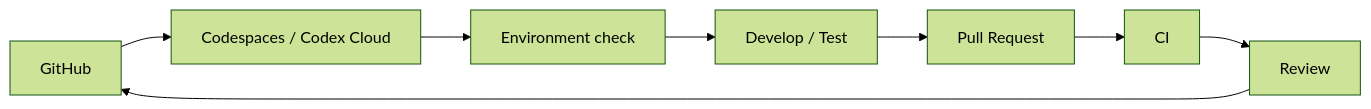
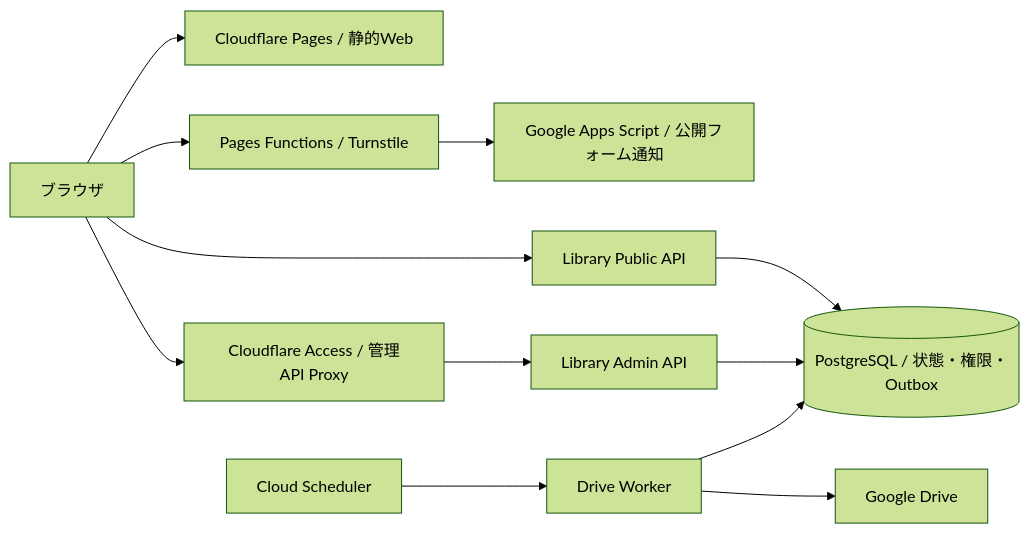
Before and after one commit to genellect/compass: the diagram in README.md, drawn with Mermaid (forest theme). The commit also changed other lines of this file and 37 other files, not shown here.

Commit message:
Protect repository rights, document current architecture, and remediate dependencies (#118)

````diff
--- a/README.md
+++ b/README.md
@@ -96,10 +54,14 @@
 ```mermaid
 flowchart LR
-    GitHub["GitHub"] --> Workspace["Codespaces / Codex Cloud"]
-    Workspace --> Doctor["Environment check"]
-    Doctor --> Develop["Develop / Test"]
-    Develop --> PR["Pull Request"]
-    PR --> CI["CI"]
-    CI --> Review["Review"]
-    Review --> GitHub
+    Browser["ブラウザ"] --> Pages["Cloudflare Pages / 静的Web"]
+    Browser --> Edge["Pages Functions / Turnstile"]
+    Edge --> GAS["Google Apps Script / 公開フォーム通知"]
+    Browser --> Public["Library Public API"]
+    Browser --> Access["Cloudflare Access / 管理API Proxy"]
+    Access --> Admin["Library Admin API"]
+    Public --> DB[("PostgreSQL / 状態・権限・Outbox")]
+    Admin --> DB
+    Scheduler["Cloud Scheduler"] --> Worker["Drive Worker"]
+    Worker --> DB
+    Worker --> Drive["Google Drive"]
 ```
````
